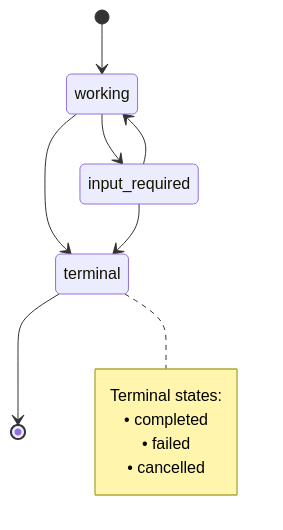
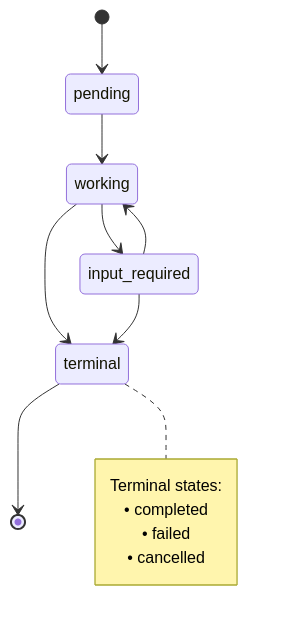
One commit to modelcontextprotocol/modelcontextprotocol changed the first of 5 diagrams in docs/specification/draft/basic/utilities/tasks.mdx. Above: the diagram before and after it, drawn with Mermaid. The commit also changed other lines of this file, not shown here.

Commit message:
chore: Add pending status to task

````diff
--- a/docs/specification/draft/basic/utilities/tasks.mdx
+++ b/docs/specification/draft/basic/utilities/tasks.mdx
@@ -407,19 +409,19 @@
 ```mermaid
 stateDiagram-v2
-    [*] --> working
-
+    [*] --> pending
+    pending --> working
     working --> input_required
     working --> terminal
 
     input_required --> working
     input_required --> terminal
 
     terminal --> [*]
 
     note right of terminal
         Terminal states:
         • completed
         • failed
         • cancelled
     end note
 ```
````
